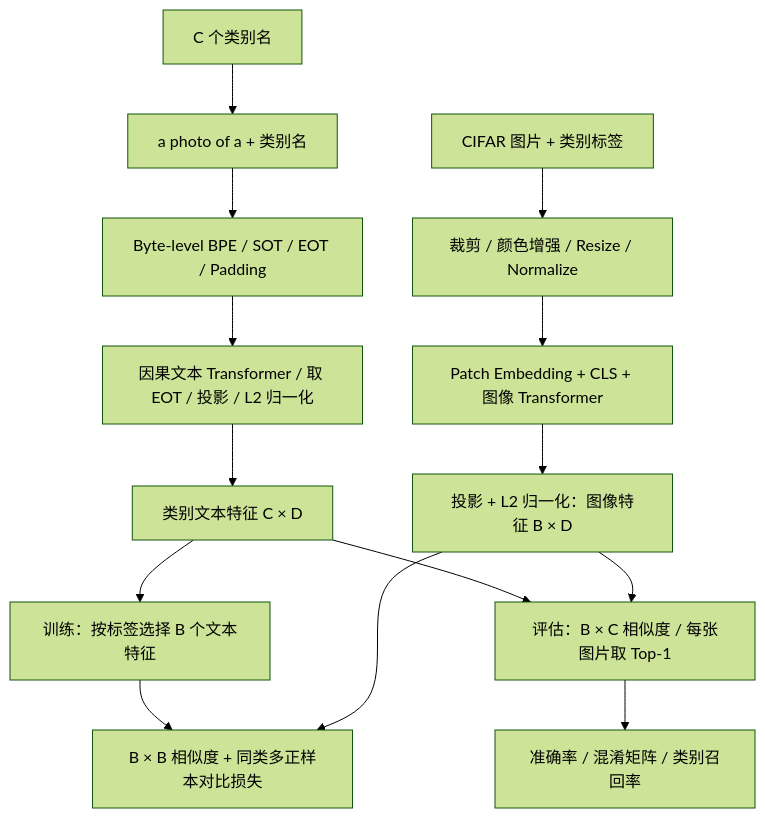
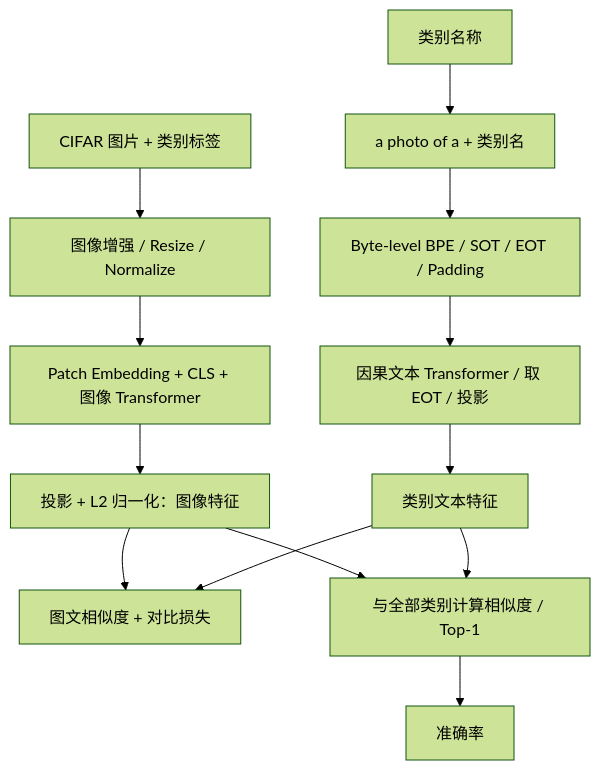
Before and after one commit to ZzXwANT/clip-repr: the diagram in README.md, drawn with Mermaid (forest theme). The commit also changed other lines of this file and 50 other files, not shown here.

````diff
--- a/README.md
+++ b/README.md
@@ -19,16 +9,15 @@
 ```mermaid
 flowchart TD
-    I["CIFAR 图片 + 类别标签"] --> A["裁剪 / 颜色增强 / Resize / Normalize"]
+    I["CIFAR 图片 + 类别标签"] --> A["图像增强 / Resize / Normalize"]
     A --> V["Patch Embedding + CLS + 图像 Transformer"]
-    V --> IF["投影 + L2 归一化：图像特征 B × D"]
-    C["C 个类别名"] --> P["a photo of a + 类别名"]
+    V --> IF["投影 + L2 归一化：图像特征"]
+    C["类别名称"] --> P["a photo of a + 类别名"]
     P --> T["Byte-level BPE / SOT / EOT / Padding"]
-    T --> TE["因果文本 Transformer / 取 EOT / 投影 / L2 归一化"]
-    TE --> CF["类别文本特征 C × D"]
-    CF --> S["训练：按标签选择 B 个文本特征"]
-    S --> L["B × B 相似度 + 同类多正样本对比损失"]
-    IF --> L
-    CF --> E["评估：B × C 相似度 / 每张图片取 Top-1"]
-    IF --> E
-    E --> R["准确率 / 混淆矩阵 / 类别召回率"]
+    T --> TE["因果文本 Transformer / 取 EOT / 投影"]
+    TE --> CF["类别文本特征"]
+    IF --> L["图文相似度 + 对比损失"]
+    CF --> L
+    IF --> E["与全部类别计算相似度 / Top-1"]
+    CF --> E
+    E --> R["准确率"]
 ```
````
